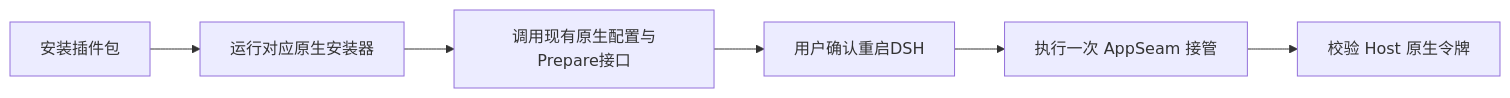
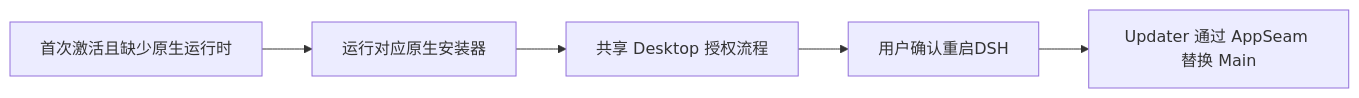
One commit to finogeeks/finsafe changed the diagram in integrations/dsh/windows/README-zh.md. Above: the diagram before and after it, drawn with Mermaid. The commit also changed other lines of this file and 47 other files, not shown here.

````diff
--- a/integrations/dsh/windows/README-zh.md
+++ b/integrations/dsh/windows/README-zh.md
@@ -51,8 +86,7 @@
 ```mermaid
 flowchart LR
-    A[安装插件包] --> B[运行对应原生安装器]
-    B --> C[调用现有原生配置与Prepare接口]
+    A[首次激活且缺少原生运行时] --> B[运行对应原生安装器]
+    B --> C[共享 Desktop 授权流程]
     C --> D[用户确认重启DSH]
-    D --> E[执行一次 AppSeam 接管]
-    E --> F[校验 Host 原生令牌]
+    D --> E[Updater 通过 AppSeam 替换 Main]
 ```
````
